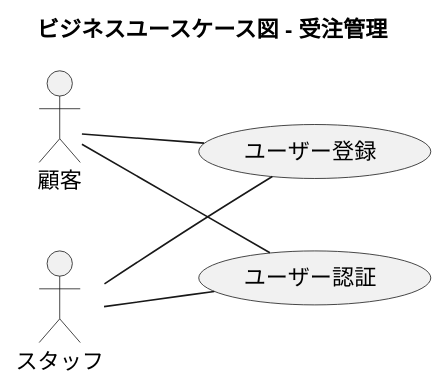
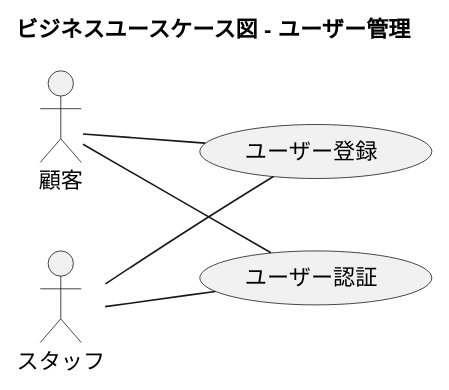
One commit to k2works/application_programing_excercise_2022 changed the fifth of 21 diagrams in docs/index.adoc. Above: the diagram before and after it, drawn with PlantUML. The commit also changed other lines of this file, not shown here.

```diff
--- a/docs/index.adoc
+++ b/docs/index.adoc
@@ -226,22 +227,22 @@
 [plantuml]
 ----
 @startuml
 
-title ビジネスユースケース図 - 受注管理
+title ビジネスユースケース図 - ユーザー管理
 
 left to right direction
 
 actor 顧客 as ac_01
 actor スタッフ as ac_02
 
 usecase ユーザー登録 as uc_01
 usecase ユーザー認証 as uc_02
 
 ac_01 -- (uc_01)
 ac_01 -- (uc_02)
 
 ac_02 -- (uc_01)
 ac_02 -- (uc_02)
 
 @enduml
 ----
```
